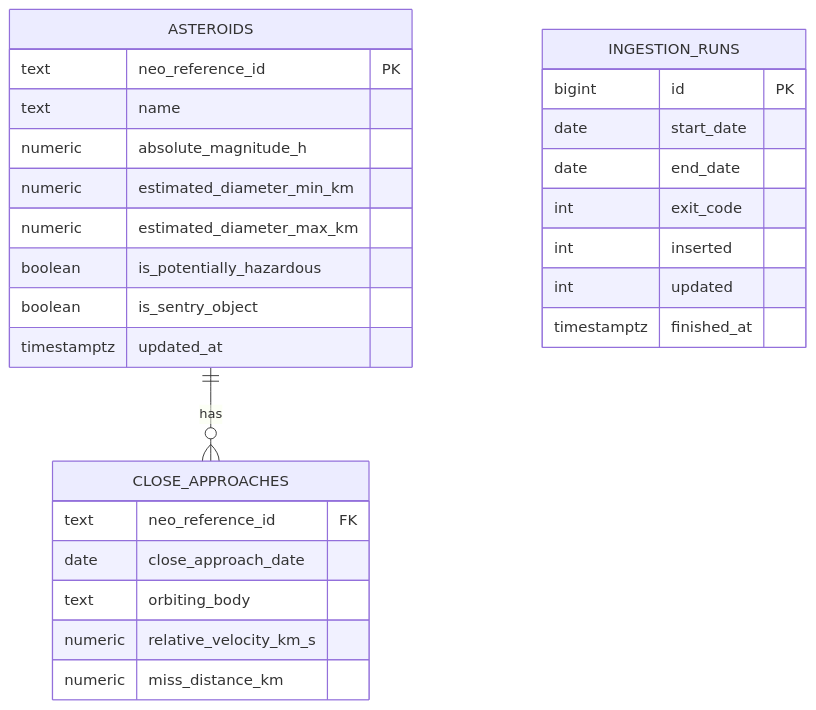
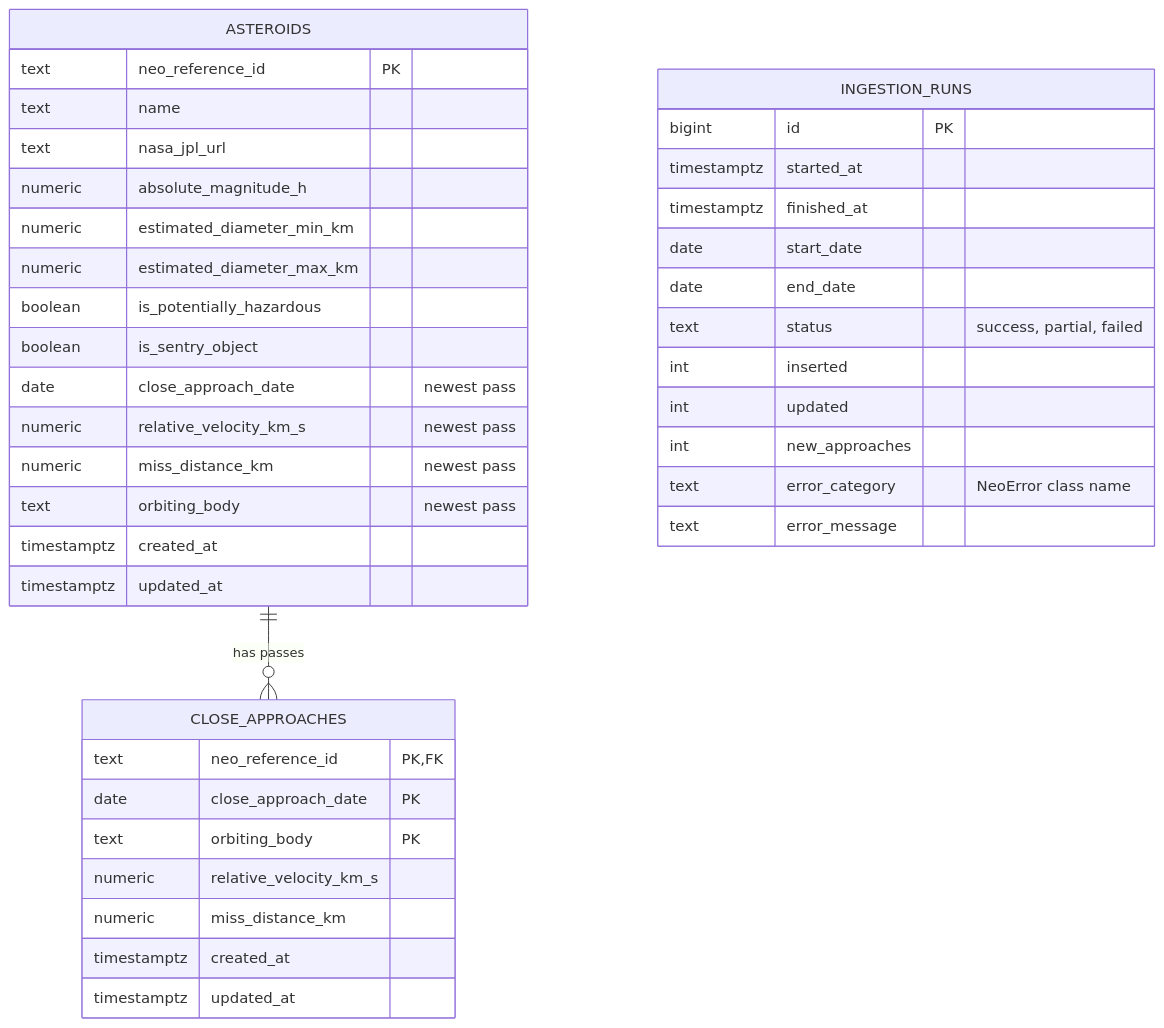
The fifth of 5 diagrams in docs/ARCHITECTURE.md (ksbn/neo-project), drawn with Mermaid before and after one commit. The commit also changed other lines of this file and 17 other files, not shown here.

````diff
--- a/docs/ARCHITECTURE.md
+++ b/docs/ARCHITECTURE.md
@@ -187,30 +161,42 @@
 ```mermaid
 erDiagram
-    ASTEROIDS ||--o{ CLOSE_APPROACHES : has
+    ASTEROIDS ||--o{ CLOSE_APPROACHES : "has passes"
     ASTEROIDS {
         text neo_reference_id PK
         text name
+        text nasa_jpl_url
         numeric absolute_magnitude_h
         numeric estimated_diameter_min_km
         numeric estimated_diameter_max_km
         boolean is_potentially_hazardous
         boolean is_sentry_object
+        date close_approach_date "newest pass"
+        numeric relative_velocity_km_s "newest pass"
+        numeric miss_distance_km "newest pass"
+        text orbiting_body "newest pass"
+        timestamptz created_at
         timestamptz updated_at
     }
     CLOSE_APPROACHES {
-        text neo_reference_id FK
-        date close_approach_date
-        text orbiting_body
+        text neo_reference_id PK, FK
+        date close_approach_date PK
+        text orbiting_body PK
         numeric relative_velocity_km_s
         numeric miss_distance_km
+        timestamptz created_at
+        timestamptz updated_at
     }
     INGESTION_RUNS {
         bigint id PK
+        timestamptz started_at
+        timestamptz finished_at
         date start_date
         date end_date
-        int exit_code
+        text status "success, partial, failed"
         int inserted
         int updated
-        timestamptz finished_at
+        int new_approaches
+        text error_category "NeoError class name"
+        text error_message
     }
 ```
````
